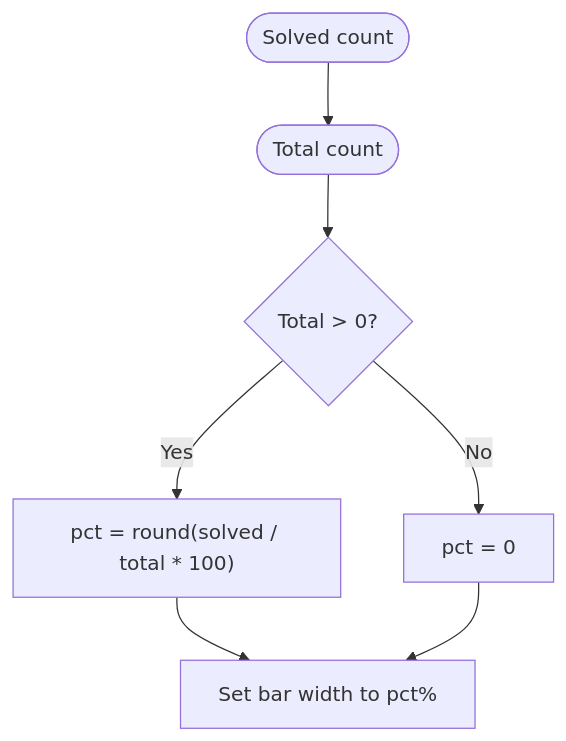
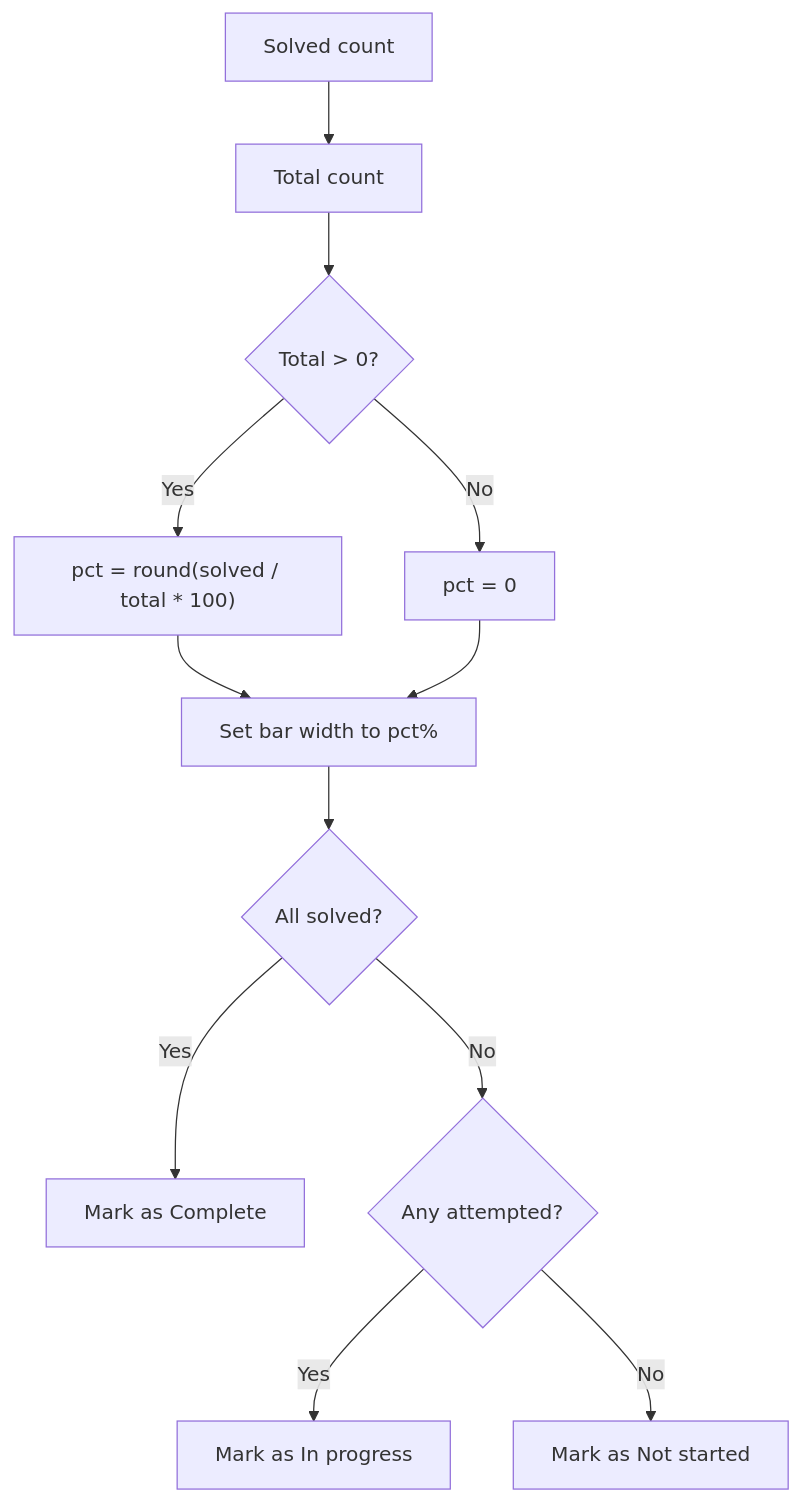
Before and after one commit to iamrituraj/DSA-Tracker: the sixth of 10 diagrams in .qoder/repowiki/en/content/Frontend Application/Patterns Component.md, drawn with Mermaid. The commit also changed other lines of this file and 8 other files, not shown here.

````diff
--- a/.qoder/repowiki/en/content/Frontend Application/Patterns Component.md
+++ b/.qoder/repowiki/en/content/Frontend Application/Patterns Component.md
@@ -151,9 +196,14 @@
 ```mermaid
 flowchart TD
-S(["Solved count"]) --> T(["Total count"])
-T --> Calc{"Total > 0?"}
+Solved["Solved count"] --> Total["Total count"]
+Total --> Calc{"Total > 0?"}
 Calc --> |Yes| Pct["pct = round(solved / total * 100)"]
 Calc --> |No| Zero["pct = 0"]
 Pct --> Bar["Set bar width to pct%"]
 Zero --> Bar
+Bar --> Status{"All solved?"}
+Status --> |Yes| Complete["Mark as Complete"]
+Status --> |No| Attempted{"Any attempted?"}
+Attempted --> |Yes| InProgress["Mark as In progress"]
+Attempted --> |No| NotStarted["Mark as Not started"]
 ```
````
